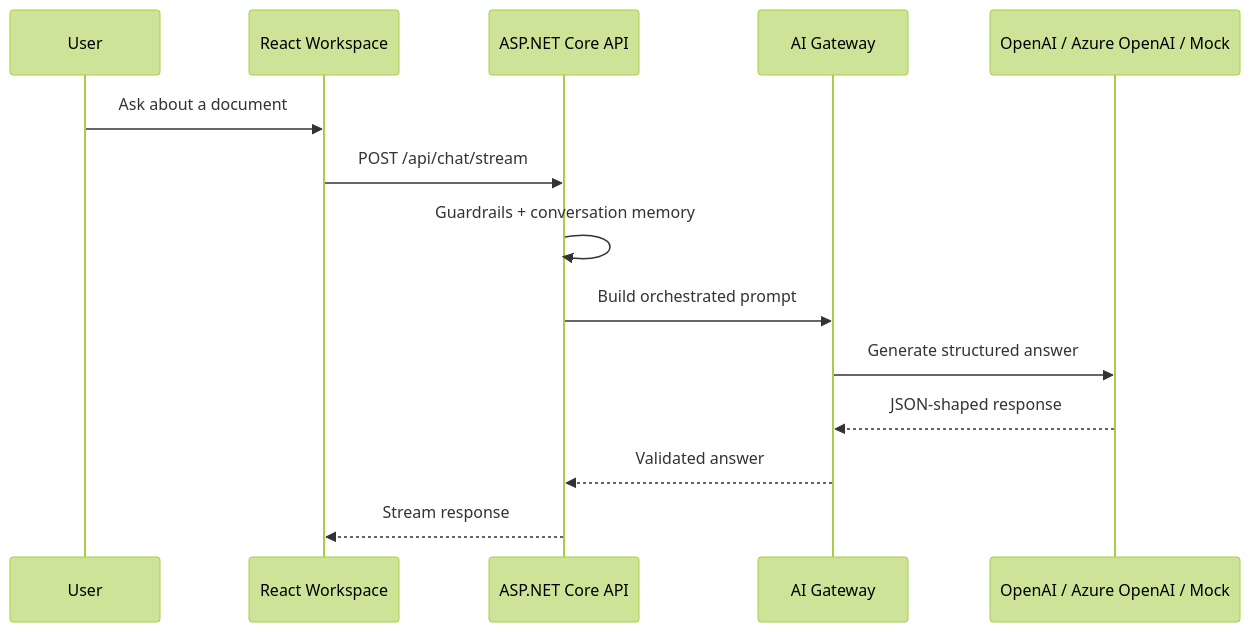
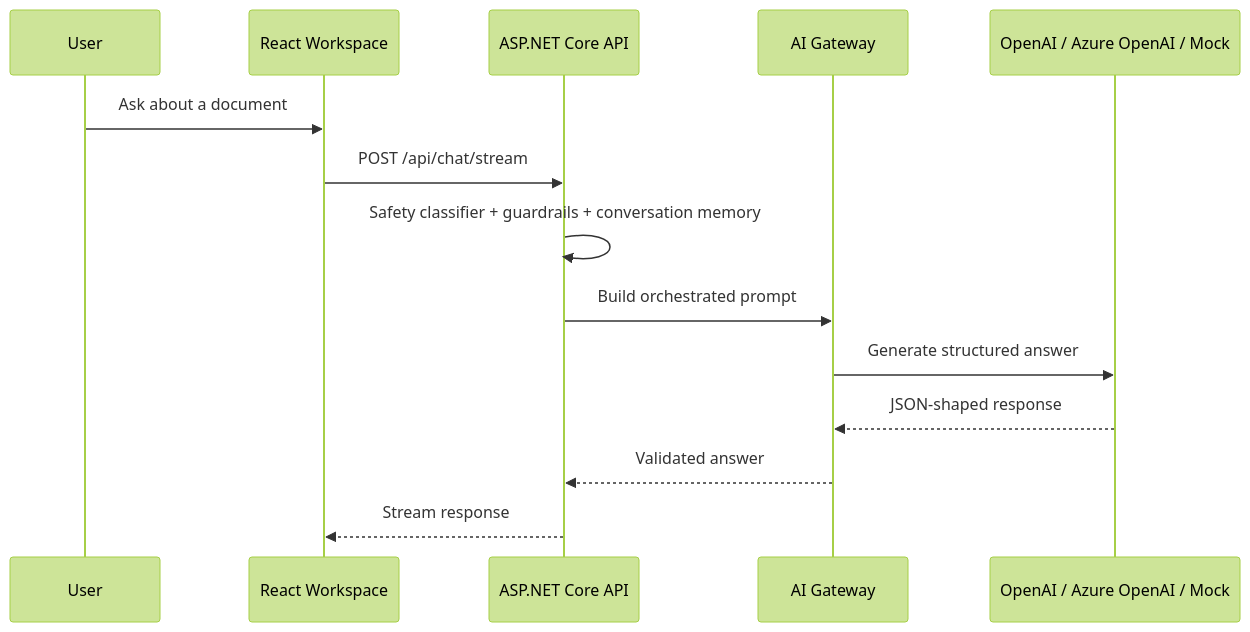
The second of 2 diagrams in README.md (haoyucheng369-gif/enterprise-ai-document-assistant), drawn with Mermaid (forest theme) before and after one commit. The commit also changed other lines of this file and 17 other files, not shown here.

````diff
--- a/README.md
+++ b/README.md
@@ -43,17 +43,17 @@
 ```mermaid
 sequenceDiagram
     participant U as User
     participant UI as React Workspace
     participant API as ASP.NET Core API
     participant AI as AI Gateway
     participant Model as OpenAI / Azure OpenAI / Mock
 
     U->>UI: Ask about a document
     UI->>API: POST /api/chat/stream
-    API->>API: Guardrails + conversation memory
+    API->>API: Safety classifier + guardrails + conversation memory
     API->>AI: Build orchestrated prompt
     AI->>Model: Generate structured answer
     Model-->>AI: JSON-shaped response
     AI-->>API: Validated answer
     API-->>UI: Stream response
 ```
````
